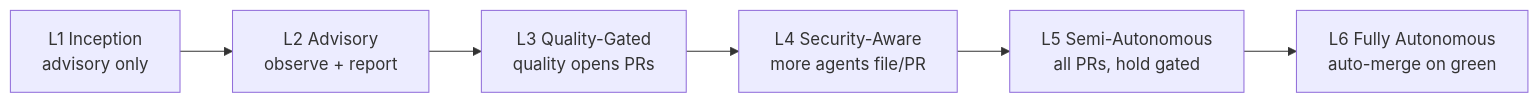
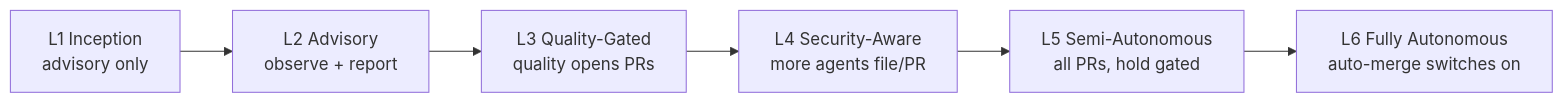
One commit to Danathar/hive changed the sixth of 10 diagrams in src/docs/architecture.md. Above: the diagram before and after it, drawn with Mermaid. The commit also changed other lines of this file and 17 other files, not shown here.

First line of the commit message:
✨ dashboard: auto-merge toggle switch, on only at Level 6 (#9987)

````diff
--- a/src/docs/architecture.md
+++ b/src/docs/architecture.md
@@ -289,10 +289,10 @@
 ```mermaid
 flowchart LR
     L1["L1 Inception<br/>advisory only"]
     L2["L2 Advisory<br/>observe + report"]
     L3["L3 Quality-Gated<br/>quality opens PRs"]
     L4["L4 Security-Aware<br/>more agents file/PR"]
     L5["L5 Semi-Autonomous<br/>all PRs, hold gated"]
-    L6["L6 Fully Autonomous<br/>auto-merge on green"]
+    L6["L6 Fully Autonomous<br/>auto-merge switches on"]
     L1 --> L2 --> L3 --> L4 --> L5 --> L6
 ```
````
